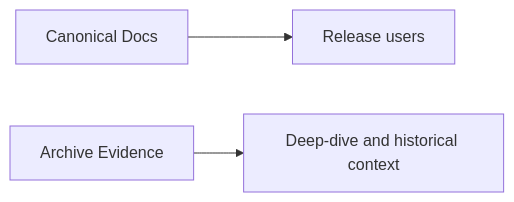
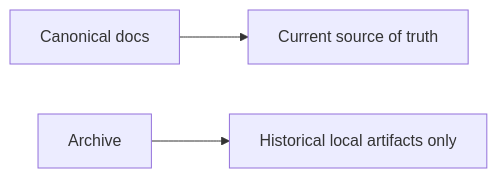
One commit to vjsingh1984/inferflux changed the diagram in docs/ARCHIVE_INDEX.md. Above: the diagram before and after it, drawn with Mermaid. The commit also changed other lines of this file and 27 other files, not shown here.

````diff
--- a/docs/ARCHIVE_INDEX.md
+++ b/docs/ARCHIVE_INDEX.md
@@ -5,5 +5,5 @@
 ```mermaid
 flowchart LR
-    A[Canonical Docs] --> B[Release users]
-    C[Archive Evidence] --> D[Deep-dive and historical context]
+    A[Canonical docs] --> B[Current source of truth]
+    C[Archive] --> D[Historical local artifacts only]
 ```
````
